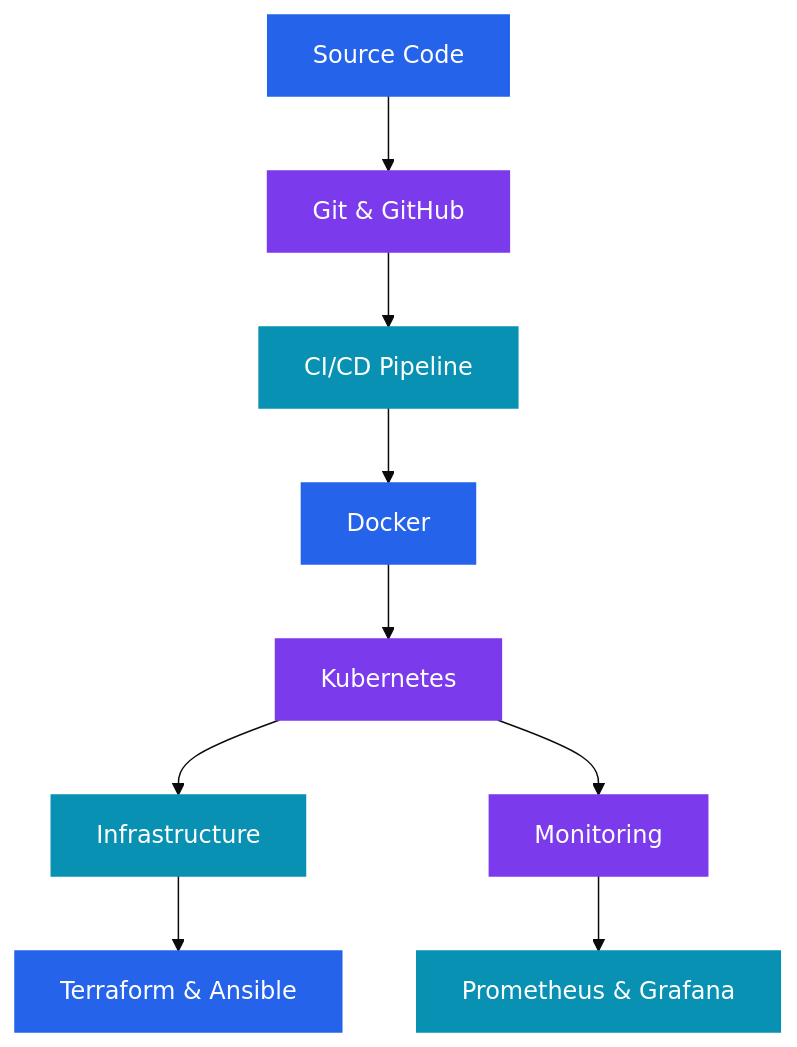
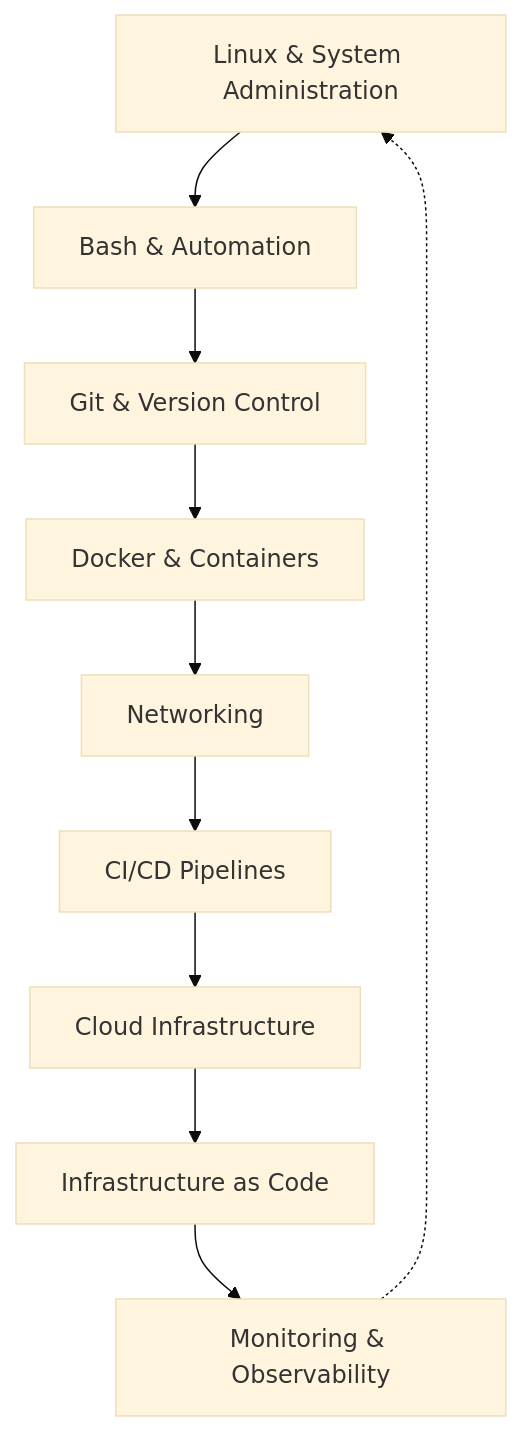
Before and after one commit to tmrzdmurod/tmrzdmurod: the diagram in README.md, drawn with Mermaid (base theme). The commit also changed other lines of this file, not shown here.

````diff
--- a/README.md
+++ b/README.md
@@ -58,21 +162,12 @@
 ```mermaid
-flowchart TD
-    A[Source Code] --> B[Git & GitHub]
-    B --> C[CI/CD Pipeline]
-    C --> D[Docker]
-    D --> E[Kubernetes]
-    E --> F[Infrastructure]
-    F --> G[Terraform & Ansible]
-    E --> H[Monitoring]
-    H --> I[Prometheus & Grafana]
-
-    style A fill:#2563EB,color:#fff,stroke:#2563EB
-    style B fill:#7C3AED,color:#fff,stroke:#7C3AED
-    style C fill:#0891B2,color:#fff,stroke:#0891B2
-    style D fill:#2563EB,color:#fff,stroke:#2563EB
-    style E fill:#7C3AED,color:#fff,stroke:#7C3AED
-    style F fill:#0891B2,color:#fff,stroke:#0891B2
-    style G fill:#2563EB,color:#fff,stroke:#2563EB
-    style H fill:#7C3AED,color:#fff,stroke:#7C3AED
-    style I fill:#0891B2,color:#fff,stroke:#0891B2
+graph TD
+    A[Linux & System Administration] --> B[Bash & Automation]
+    B --> C[Git & Version Control]
+    C --> D[Docker & Containers]
+    D --> E[Networking]
+    E --> F[CI/CD Pipelines]
+    F --> G[Cloud Infrastructure]
+    G --> H[Infrastructure as Code]
+    H --> I[Monitoring & Observability]
+    I -.-> A
 ```
````
